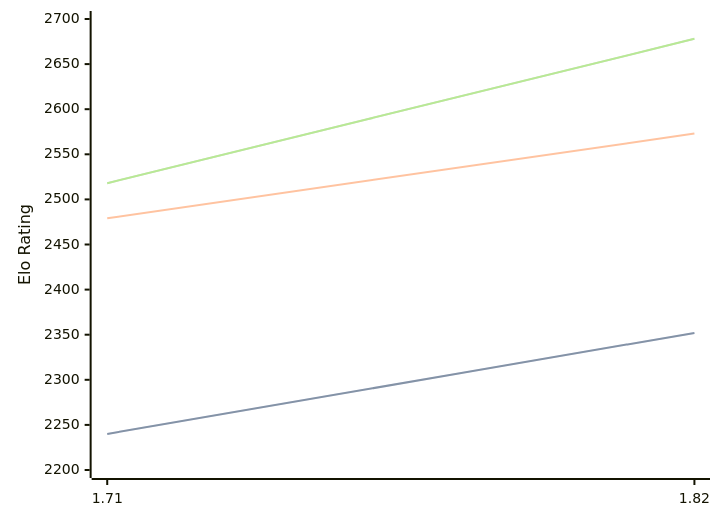
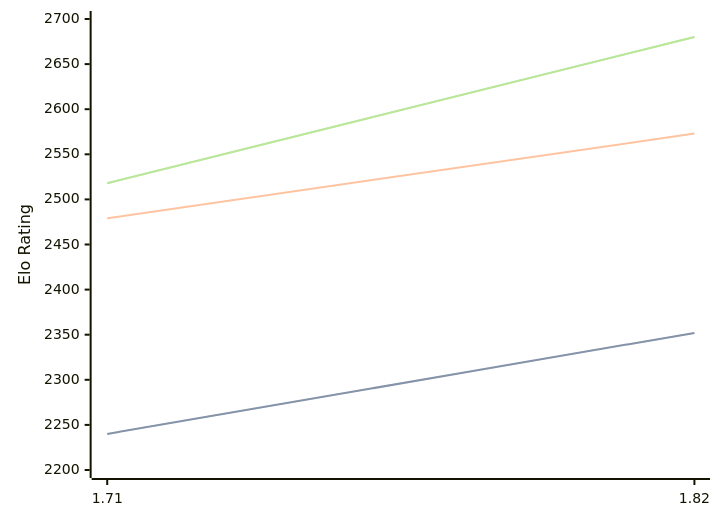
Before and after one commit to computer-chess-index/cci: the diagram in engines/Amira.md, drawn with Mermaid. The commit also changed other lines of this file, not shown here.

Commit message:
Update CCI Ratings (ELO VLTC) - 2026-02-15

````diff
--- a/engines/Amira.md
+++ b/engines/Amira.md
@@ -32,11 +32,11 @@
 ```mermaid
 %%{init: {"theme":"base","themeVariables":{"seriesColors:['#a3a3a3','#222221','#faa371']}}}%%
 xychart-beta
   x-axis ["1.71", "1.82"]
   y-axis "Elo Rating" 2200 --> 2700
   line "STC (8.0+0.08s)" [2240, 2352]
   line "STC (8.0+0.08s)" [2240, 2352]
   line "LTC (60.0+0.60s)" [2479, 2573]
-  line "VLTC (2m24s+1.12s)" [2518, 2678]
-  line "VLTC (2m24s+1.12s)" [2518, 2678]
+  line "VLTC (2m24s+1.12s)" [2518, 2680]
+  line "VLTC (2m24s+1.12s)" [2518, 2680]
 ```
````
